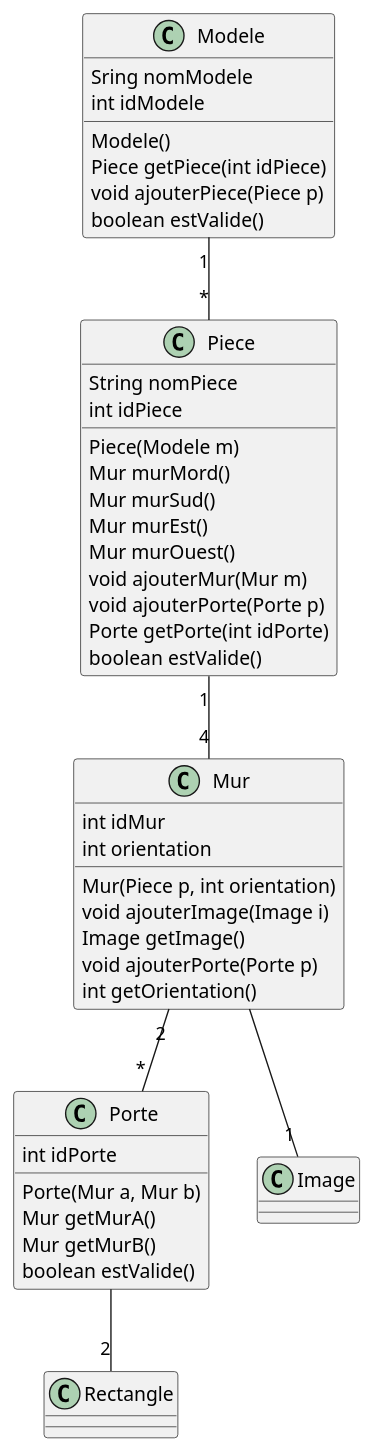
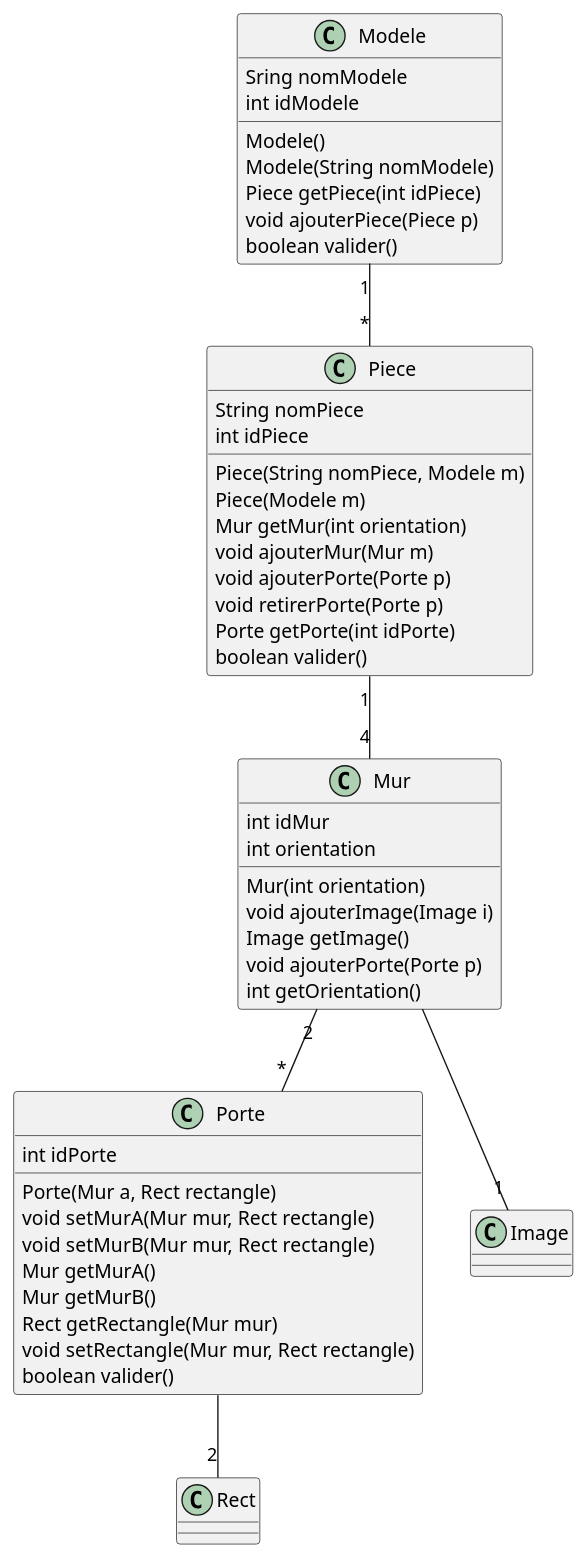
Before and after one commit to Synnly/projet-dev-mobiles: the diagram in Documents/DiagrammeClasses.wsd, drawn with PlantUML. The commit also changed 2 other files, not shown here.

Commit message:
MAJ de la spécification et du diagramme de classe

```diff
--- a/Documents/DiagrammeClasses.wsd
+++ b/Documents/DiagrammeClasses.wsd
@@ -1,49 +1,53 @@
 @startuml
 
 class Modele{
     Sring nomModele
     int idModele
     Modele()
+    Modele(String nomModele)
     Piece getPiece(int idPiece)
     void ajouterPiece(Piece p)
-    boolean estValide()
+    boolean valider()
 }
 
 class Piece{
     String nomPiece
     int idPiece
+    Piece(String nomPiece, Modele m)
     Piece(Modele m)
-    Mur murMord()
-    Mur murSud()
-    Mur murEst()
-    Mur murOuest()
+    Mur getMur(int orientation)
     void ajouterMur(Mur m)
     void ajouterPorte(Porte p)
+    void retirerPorte(Porte p)
     Porte getPorte(int idPorte)
-    boolean estValide()
+    boolean valider()
 }
 
 class Mur{
     int idMur
     int orientation
-    Mur(Piece p, int orientation)
+    Mur(int orientation)
     void ajouterImage(Image i)
     Image getImage()
     void ajouterPorte(Porte p)
     int getOrientation()
 
 }
 
 class Porte{
     int idPorte
-    Porte(Mur a, Mur b)
+    Porte(Mur a, Rect rectangle)
+    void setMurA(Mur mur, Rect rectangle)
+    void setMurB(Mur mur, Rect rectangle)
     Mur getMurA()
     Mur getMurB()
-    boolean estValide()
+    Rect getRectangle(Mur mur)
+    void setRectangle(Mur mur, Rect rectangle)
+    boolean valider()
 }
 Modele "1"--"*" Piece
 Piece "1"--"4" Mur
 Mur "2"--"*" Porte
 Mur --"1" Image
-Porte --"2" Rectangle
+Porte --"2" Rect
 @enduml
```
